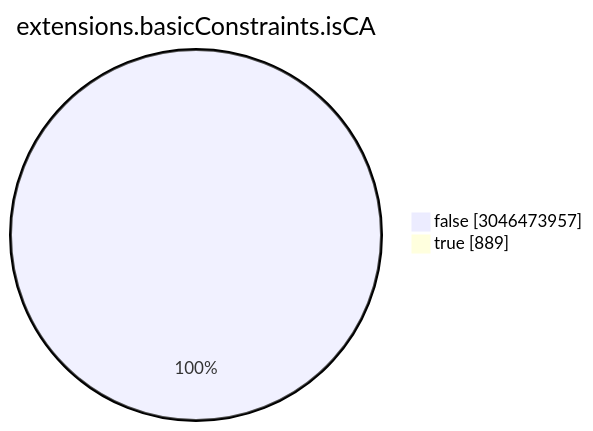
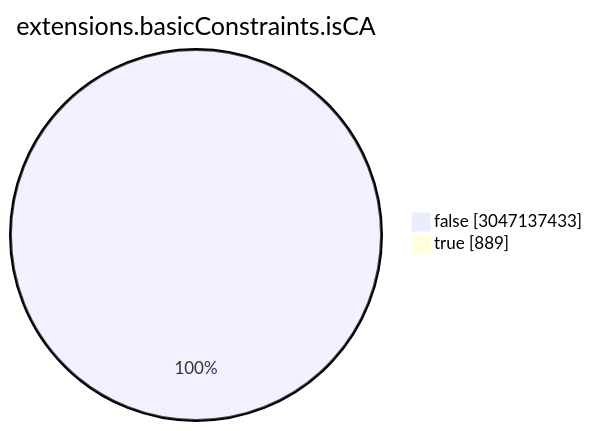
Before and after one commit to christiankrug/ctmonitor_visualization: the seventh of 15 diagrams in TOTAL/README.md, drawn with Mermaid. The commit also changed other lines of this file, not shown here.

````diff
--- a/TOTAL/README.md
+++ b/TOTAL/README.md
@@ -3088,6 +3088,6 @@
 ```mermaid
 pie showData
 title extensions.basicConstraints.isCA
-"false" :3046473957
+"false" :3047137433
 "true" :889
 ```
````
